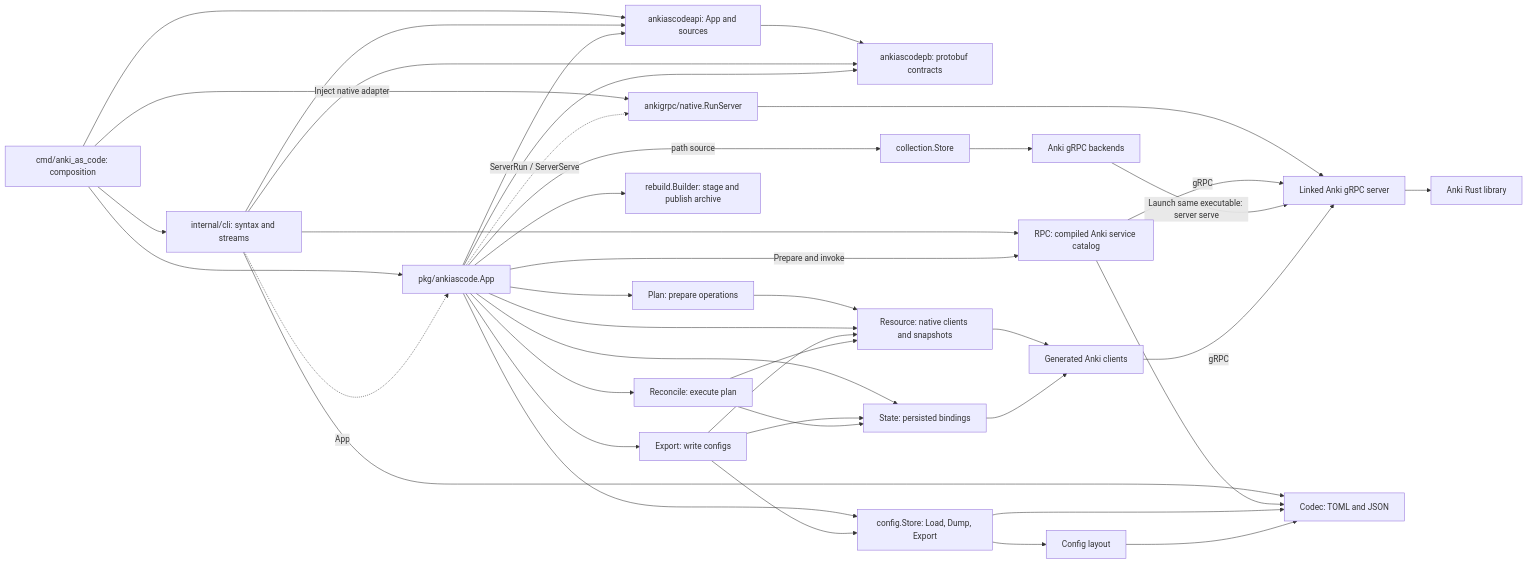
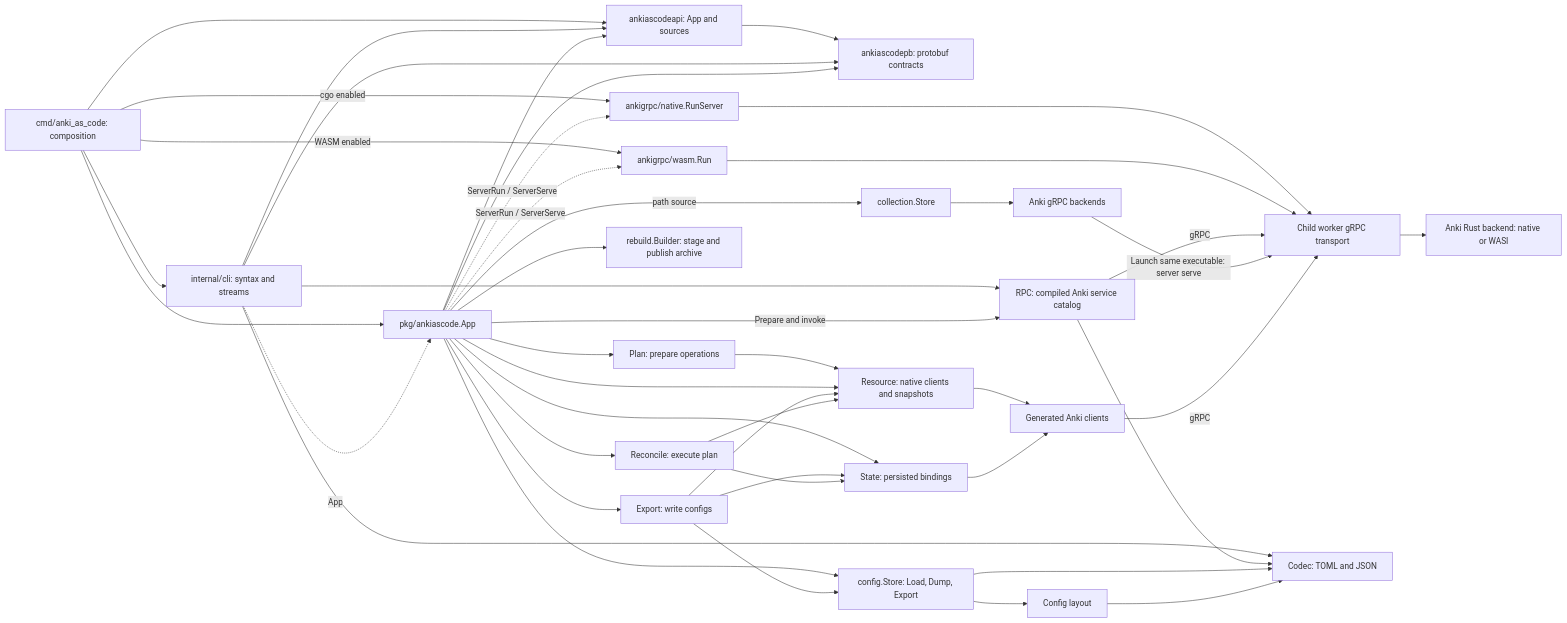
Before and after one commit to alwaldend/src: the diagram in projects/anki_as_code/docs/package-dependencies.mmd, drawn with Mermaid. The commit also changed 77 other files, not shown here.

```diff
--- a/projects/anki_as_code/docs/package-dependencies.mmd
+++ b/projects/anki_as_code/docs/package-dependencies.mmd
@@ -1,41 +1,44 @@
 flowchart LR
     entry[cmd/anki_as_code: composition] --> cli[internal/cli: syntax and streams]
     entry --> app[pkg/ankiascode.App]
     cli -. App .-> app
     entry --> api[ankiascodeapi: App and sources]
     cli --> api
     app --> api
     api --> schema
     cli --> schema[ankiascodepb: protobuf contracts]
     app --> schema
-    entry -->|Inject native adapter| host[ankigrpc/native.RunServer]
-    app -. ServerRun / ServerServe .-> host
-    host --> server[Linked Anki gRPC server]
+    entry -->|cgo enabled| nativeHost[ankigrpc/native.RunServer]
+    entry -->|WASM enabled| wasmHost[ankigrpc/wasm.Run]
+    app -. ServerRun / ServerServe .-> nativeHost
+    app -. ServerRun / ServerServe .-> wasmHost
+    nativeHost --> server[Child worker gRPC transport]
+    wasmHost --> server
     app -->|path source| collections[collection.Store]
     app --> export[Export: write configs]
     app --> planning[Plan: prepare operations]
     app --> reconcile[Reconcile: execute plan]
     app --> builder[rebuild.Builder: stage and publish archive]
     planning --> resource
     app --> config[config.Store: Load, Dump, Export]
     app --> state[State: persisted bindings]
     cli --> codec[Codec: TOML and JSON]
     cli --> rpc[RPC: compiled Anki service catalog]
     rpc --> codec
     app -->|Prepare and invoke| rpc
     rpc -->|gRPC| server
     app --> resource[Resource: native clients and snapshots]
     export --> resource
     resource --> services[Generated Anki clients]
     export --> state
     export --> config
     config --> layout[Config layout]
     config --> codec
     layout --> codec
     reconcile --> state
     reconcile --> resource
     state --> services
     collections --> backend[Anki gRPC backends]
     backend -->|Launch same executable: server serve| server
     services -->|gRPC| server
-    server --> native[Anki Rust library]
+    server --> native[Anki Rust backend: native or WASI]
```
